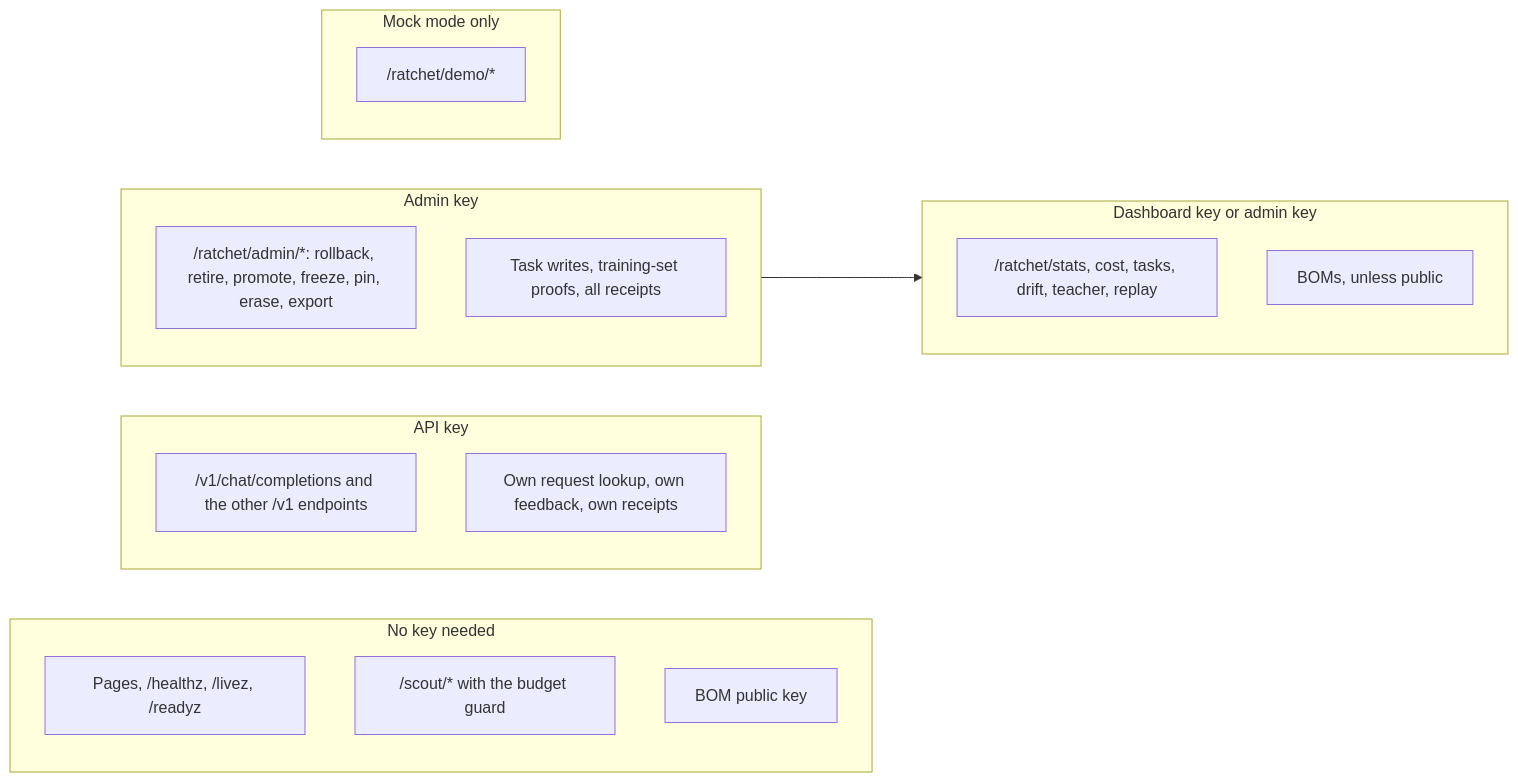
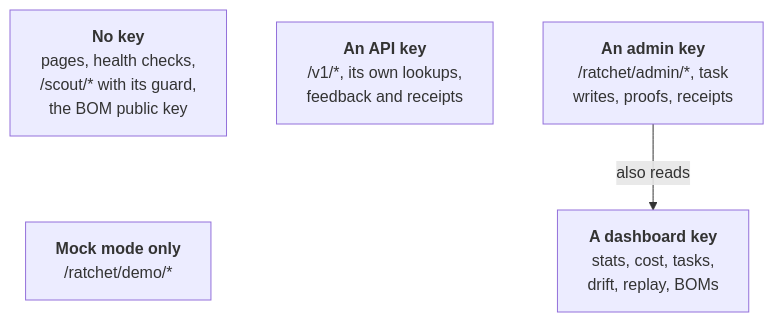
The fourth of 4 diagrams in docs-site/src/content/docs/guides/security.mdx (harshbhx/ratchet), drawn with Mermaid before and after one commit. The commit also changed other lines of this file and 25 other files, not shown here.

First line of the commit message:
Docs: polished story pages, guides and API pages (#15)

````diff
--- a/docs-site/src/content/docs/guides/security.mdx
+++ b/docs-site/src/content/docs/guides/security.mdx
@@ -106,24 +154,12 @@
 ```mermaid
-flowchart LR
-  subgraph Anyone["No key needed"]
-    P1["Pages, /healthz, /livez, /readyz"]
-    P2["/scout/* with the budget guard"]
-    P3["BOM public key"]
-  end
-  subgraph KeyAPI["API key"]
-    A1["/v1/chat/completions and the other /v1 endpoints"]
-    A2["Own request lookup, own feedback, own receipts"]
-  end
-  subgraph Reader["Dashboard key or admin key"]
-    D1["/ratchet/stats, cost, tasks, drift, teacher, replay"]
-    D2["BOMs, unless public"]
-  end
-  subgraph Admin["Admin key"]
-    M1["/ratchet/admin/*: rollback, retire, promote, freeze, pin, erase, export"]
-    M2["Task writes, training-set proofs, all receipts"]
-  end
-  subgraph Mock["Mock mode only"]
-    X1["/ratchet/demo/*"]
-  end
-  Admin --> Reader
+flowchart TB
+  P["<b>No key</b><br/>pages, health checks,<br/>/scout/* with its guard,<br/>the BOM public key"]
+  A["<b>An API key</b><br/>/v1/*, its own lookups,<br/>feedback and receipts"]
+  M["<b>An admin key</b><br/>/ratchet/admin/*, task<br/>writes, proofs, receipts"]
+  X["<b>Mock mode only</b><br/>/ratchet/demo/*"]
+  D["<b>A dashboard key</b><br/>stats, cost, tasks,<br/>drift, replay, BOMs"]
+  P ~~~ X
+  M -->|"also reads"| D
+
+  class X outline
 ```
````
